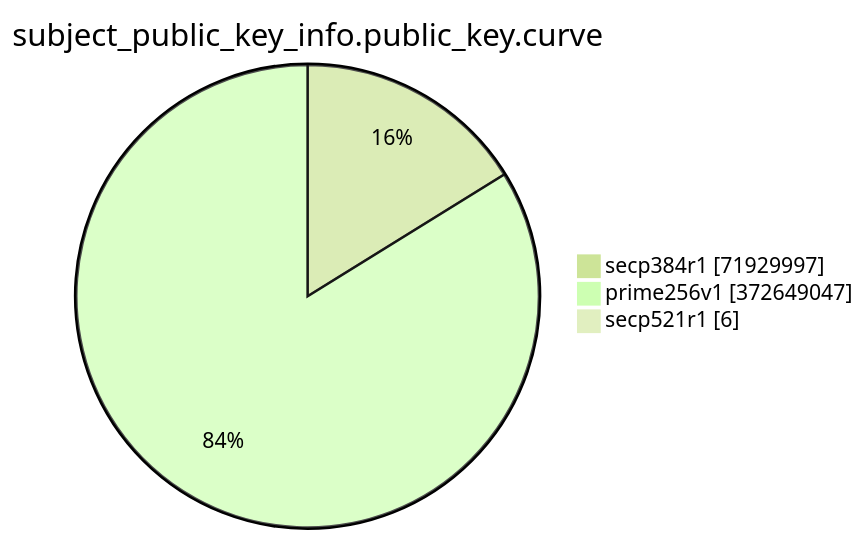
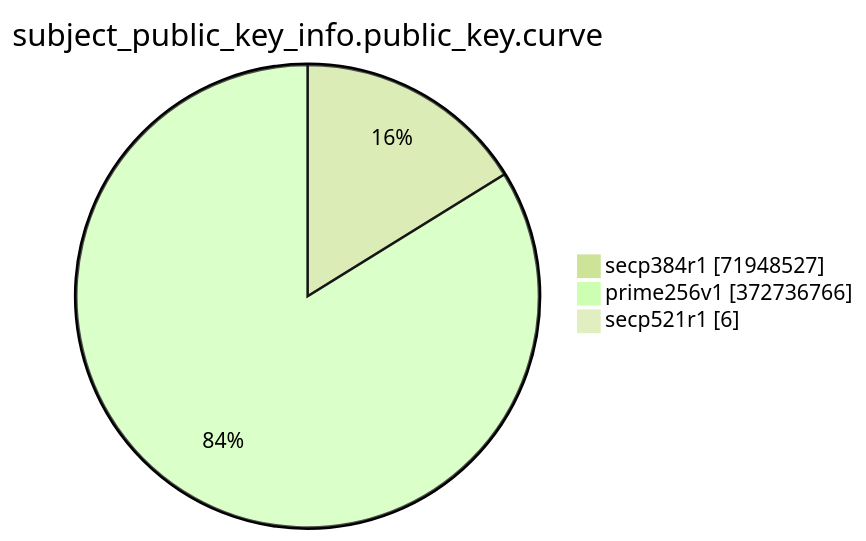
One commit to christiankrug/ctmonitor_visualization changed the eighth of 15 diagrams in TOTAL/README.md. Above: the diagram before and after it, drawn with Mermaid (forest theme). The commit also changed other lines of this file, not shown here.

````diff
--- a/TOTAL/README.md
+++ b/TOTAL/README.md
@@ -3094,7 +3094,7 @@
 ```mermaid
 pie showData
 title subject_public_key_info.public_key.curve
-"secp384r1" :71929997
-"prime256v1" :372649047
+"secp384r1" :71948527
+"prime256v1" :372736766
 "secp521r1" :6
 ```
````
